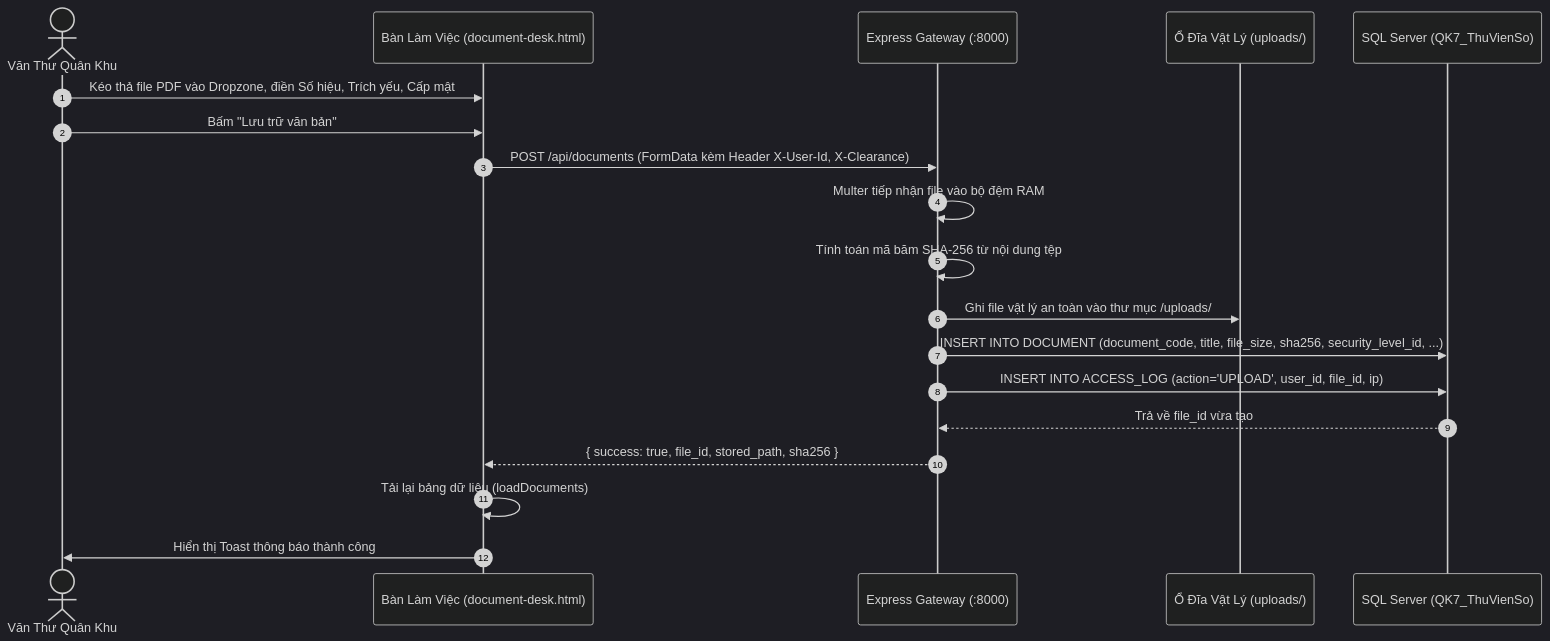
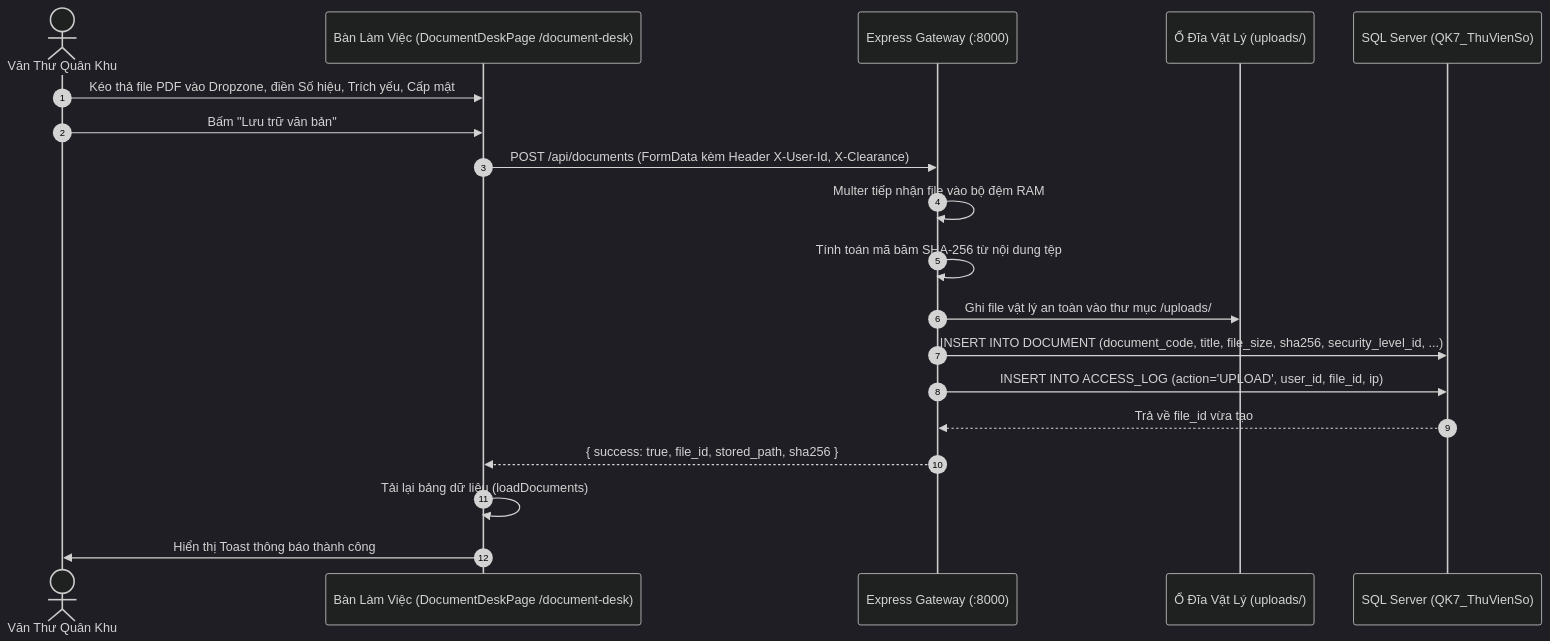
One commit to NguyenHaiAnh08/qk7-datahub changed the third of 5 diagrams in SYSTEM_ARCHITECTURE.md. Above: the diagram before and after it, drawn with Mermaid (dark theme). The commit also changed other lines of this file and 20 other files, not shown here.

````diff
--- a/SYSTEM_ARCHITECTURE.md
+++ b/SYSTEM_ARCHITECTURE.md
@@ -343,22 +353,22 @@
 ```mermaid
 sequenceDiagram
     autonumber
     actor Clerk as Văn Thư Quân Khu
-    participant Desk as Bàn Làm Việc (document-desk.html)
+    participant Desk as Bàn Làm Việc (DocumentDeskPage /document-desk)
     participant Server as Express Gateway (:8000)
     participant Disk as Ổ Đĩa Vật Lý (uploads/)
     participant DB as SQL Server (QK7_ThuVienSo)
 
     Clerk->>Desk: Kéo thả file PDF vào Dropzone, điền Số hiệu, Trích yếu, Cấp mật
     Clerk->>Desk: Bấm "Lưu trữ văn bản"
     Desk->>Server: POST /api/documents (FormData kèm Header X-User-Id, X-Clearance)
     Server->>Server: Multer tiếp nhận file vào bộ đệm RAM
     Server->>Server: Tính toán mã băm SHA-256 từ nội dung tệp
     Server->>Disk: Ghi file vật lý an toàn vào thư mục /uploads/
     Server->>DB: INSERT INTO DOCUMENT (document_code, title, file_size, sha256, security_level_id, ...)
     Server->>DB: INSERT INTO ACCESS_LOG (action='UPLOAD', user_id, file_id, ip)
     DB-->>Server: Trả về file_id vừa tạo
     Server-->>Desk: { success: true, file_id, stored_path, sha256 }
     Desk->>Desk: Tải lại bảng dữ liệu (loadDocuments)
     Desk->>Clerk: Hiển thị Toast thông báo thành công
 ```
````
